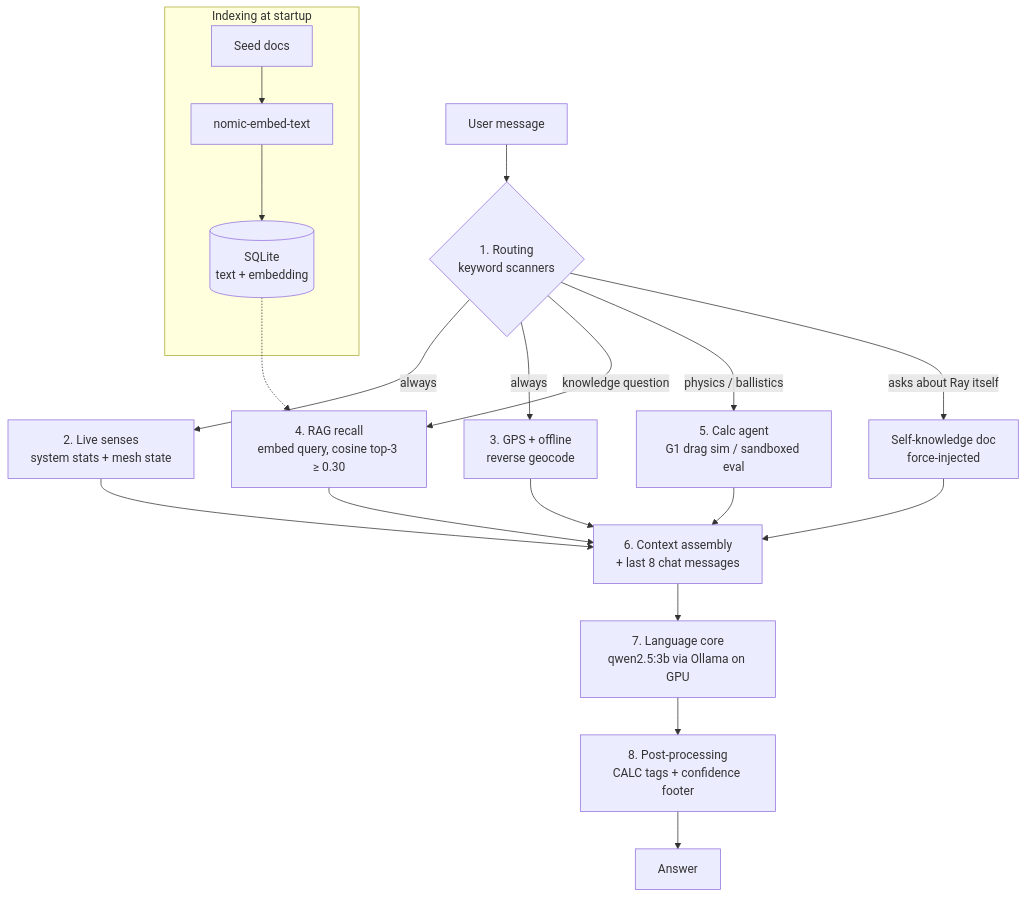
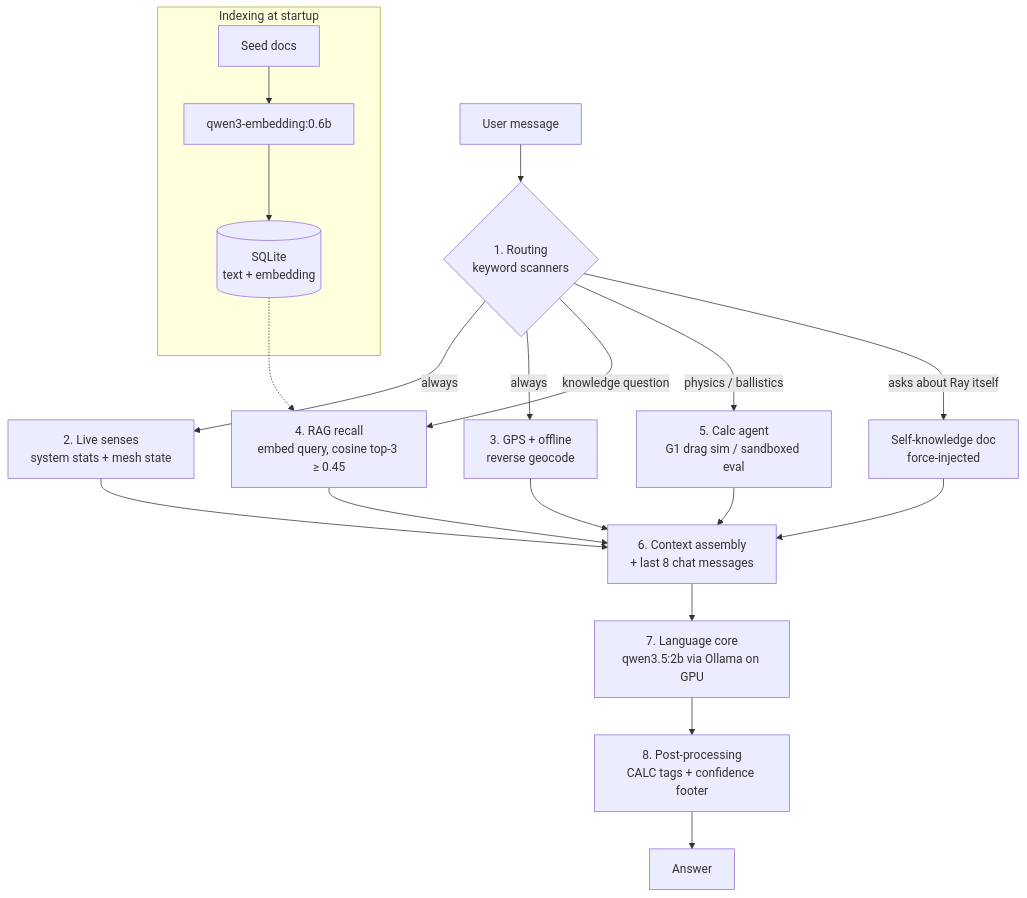
Before and after one commit to atlas-navigate/atlas-control: the diagram in RAY_BRAIN.md, drawn with Mermaid. The commit also changed other lines of this file and 7 other files, not shown here.

````diff
--- a/RAY_BRAIN.md
+++ b/RAY_BRAIN.md
@@ -87,22 +87,22 @@
 ```mermaid
 flowchart TD
     U[User message] --> R{1. Routing<br/>keyword scanners}
     R -->|always| S[2. Live senses<br/>system stats + mesh state]
     R -->|always| G[3. GPS + offline<br/>reverse geocode]
-    R -->|knowledge question| RAG[4. RAG recall<br/>embed query, cosine top-3 ≥ 0.30]
+    R -->|knowledge question| RAG[4. RAG recall<br/>embed query, cosine top-3 ≥ 0.45]
     R -->|physics / ballistics| C[5. Calc agent<br/>G1 drag sim / sandboxed eval]
     R -->|asks about Ray itself| SK[Self-knowledge doc<br/>force-injected]
     S --> CTX[6. Context assembly<br/>+ last 8 chat messages]
     G --> CTX
     RAG --> CTX
     C --> CTX
     SK --> CTX
-    CTX --> LLM[7. Language core<br/>qwen2.5:3b via Ollama on GPU]
+    CTX --> LLM[7. Language core<br/>qwen3.5:2b via Ollama on GPU]
     LLM --> P[8. Post-processing<br/>CALC tags + confidence footer]
     P --> A[Answer]
 
     subgraph Indexing at startup
-        D[Seed docs] --> E[nomic-embed-text] --> DB[(SQLite<br/>text + embedding)]
+        D[Seed docs] --> E[qwen3-embedding:0.6b] --> DB[(SQLite<br/>text + embedding)]
     end
     DB -.-> RAG
 ```
````
